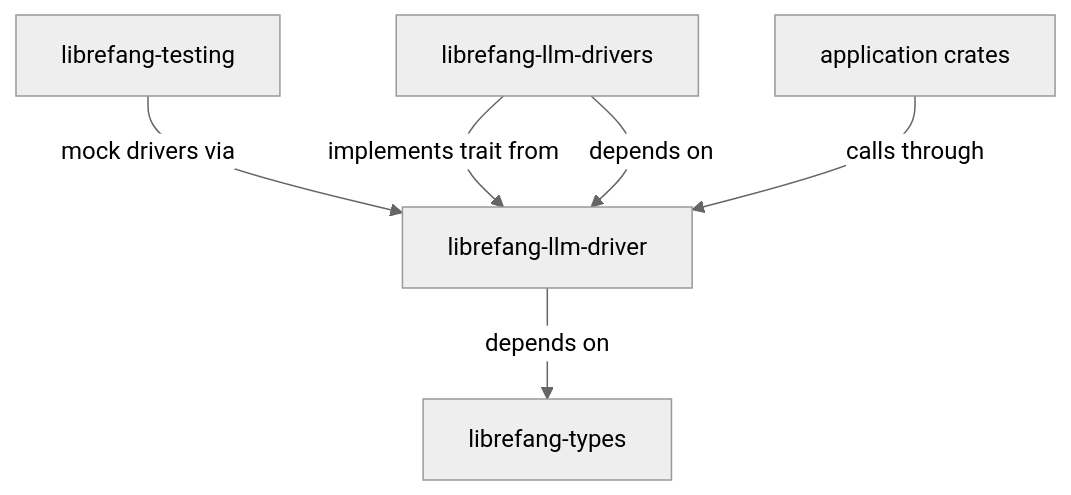
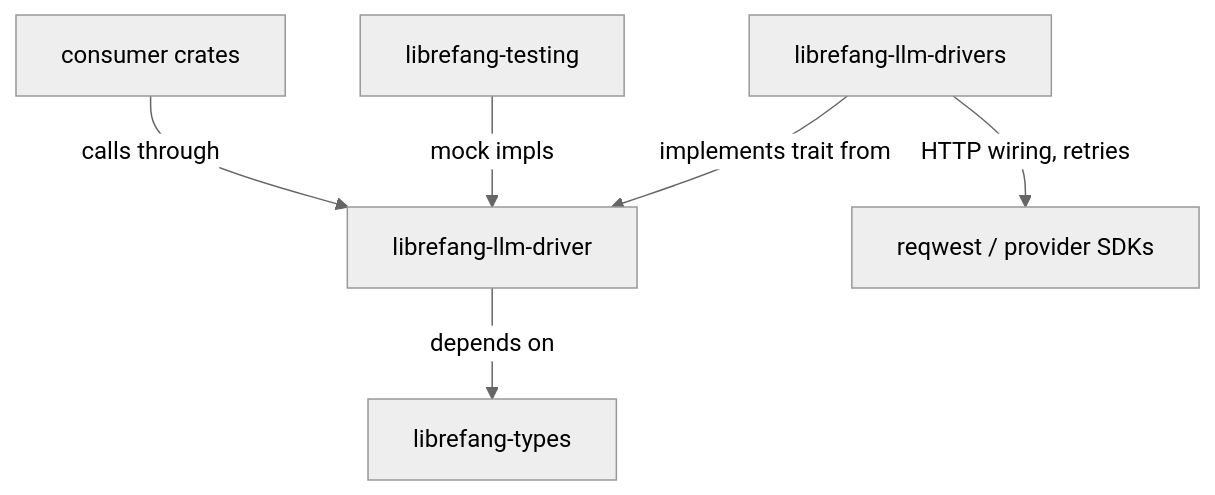
One commit to leszek3737/librefang-WIki changed the diagram in other-librefang-llm-driver.md. Above: the diagram before and after it, drawn with Mermaid (neutral theme). The commit also changed other lines of this file and 122 other files, not shown here.

````diff
--- a/other-librefang-llm-driver.md
+++ b/other-librefang-llm-driver.md
@@ -15,8 +9,8 @@
 ```mermaid
 graph TD
     A[librefang-llm-driver] -->|depends on| B[librefang-types]
     C[librefang-llm-drivers] -->|implements trait from| A
-    D[librefang-testing] -->|mock drivers via| A
-    E[application crates] -->|calls through| A
-    C -->|depends on| A
+    D[librefang-testing] -->|mock impls| A
+    E[consumer crates] -->|calls through| A
+    C -->|HTTP wiring, retries| F[reqwest / provider SDKs]
 ```
````
